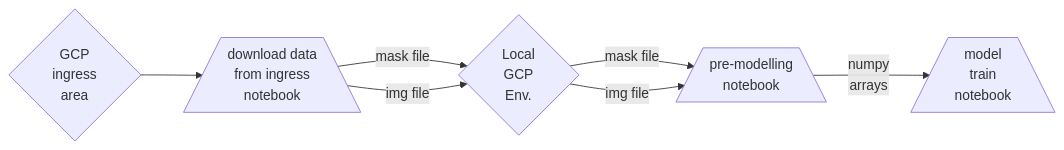
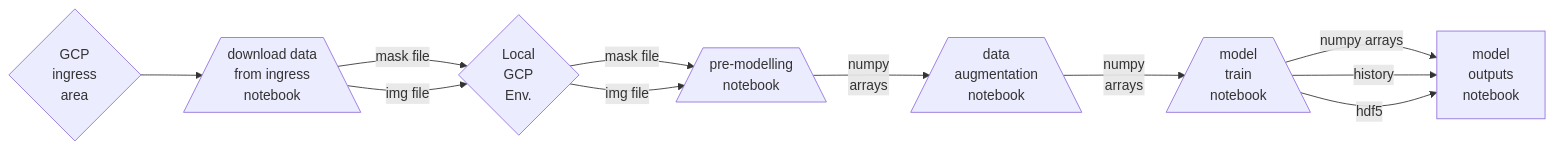
One commit to datasciencecampus/somalia_census_support_public_application changed the second of 2 diagrams in README.md. Above: the diagram before and after it, drawn with Mermaid.

Commit message:
updated mermaid diagram for `modelling`

````diff
--- a/README.md
+++ b/README.md
@@ -33,10 +33,15 @@
 ```mermaid
 flowchart LR
     ingress{GCP<br>ingress<br>area}-->download[/download data<br>from ingress<br>notebook\]
     download-->|mask file|local
     download-->|img file|local
     local{Local<br>GCP<br>Env.}-->|mask file|processing[/pre-modelling<br>notebook\]
     local{Local<br>GCP<br>Env.}-->|img file|processing[/pre-modelling<br>notebook\]
-    processing-->|numpy<br>arrays|train[/model<br>train<br>notebook\]
+    processing-->|numpy<br>arrays|dataaug[/data<br>augmentation<br>notebook\]
+    dataaug-->|numpy<br>arrays|train[/model<br>train<br>notebook\]
+    train-->|numpy arrays|outputs
+    train-->|history|outputs
+    train-->|hdf5|outputs
+    outputs[model<br>outputs<br>notebook]
 
 ```
````
